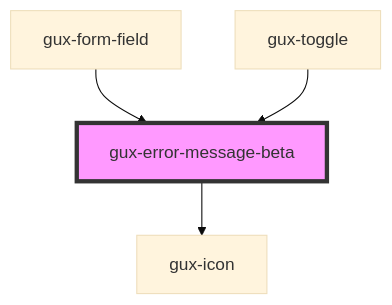
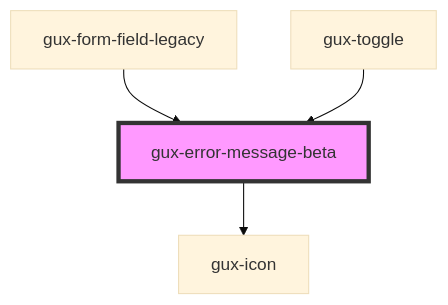
The diagram in src/components/beta/gux-error-message-beta/readme.md (MyPureCloud/genesys-spark), drawn with Mermaid (base theme) before and after one commit. The commit also changed other lines of this file and 382 other files, not shown here.

First line of the commit message:
feat(gux-form-field): moved gux-form-field to legacy

````diff
--- a/src/components/beta/gux-error-message-beta/readme.md
+++ b/src/components/beta/gux-error-message-beta/readme.md
@@ -27,7 +27,7 @@
 ```mermaid
 graph TD;
   gux-error-message-beta --> gux-icon
-  gux-form-field --> gux-error-message-beta
+  gux-form-field-legacy --> gux-error-message-beta
   gux-toggle --> gux-error-message-beta
   style gux-error-message-beta fill:#f9f,stroke:#333,stroke-width:4px
 ```
````
